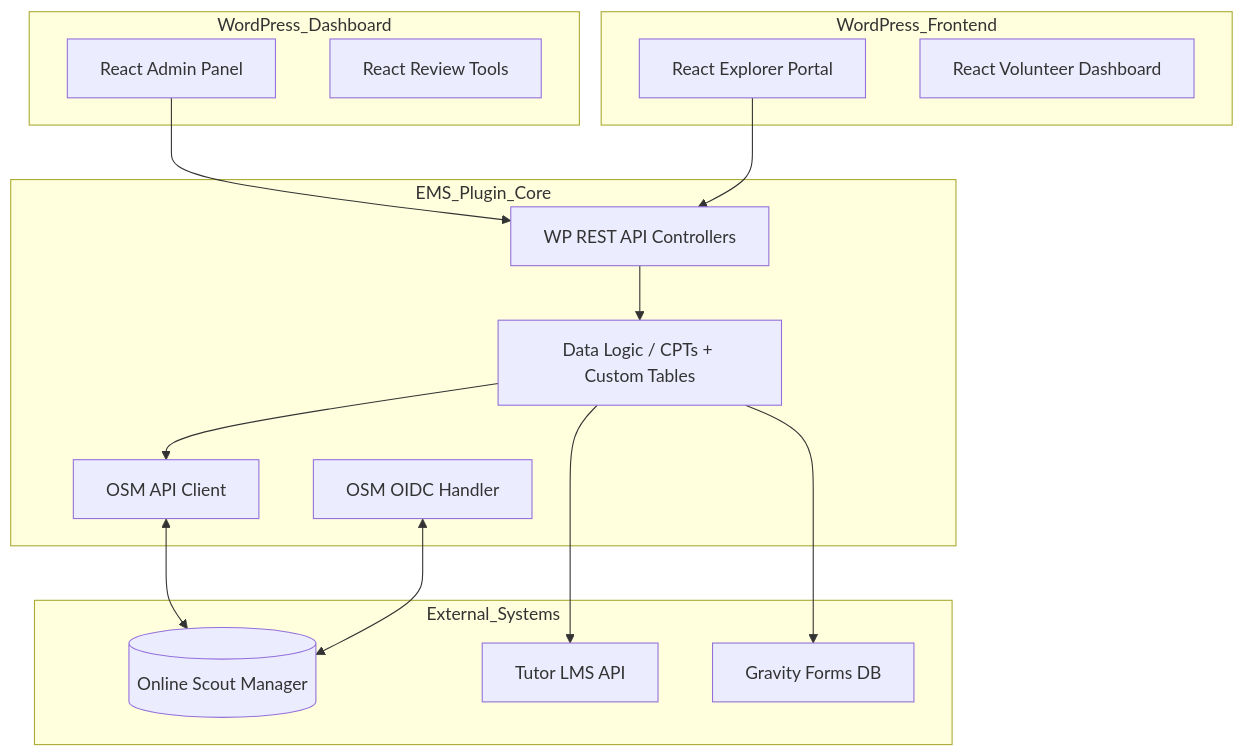
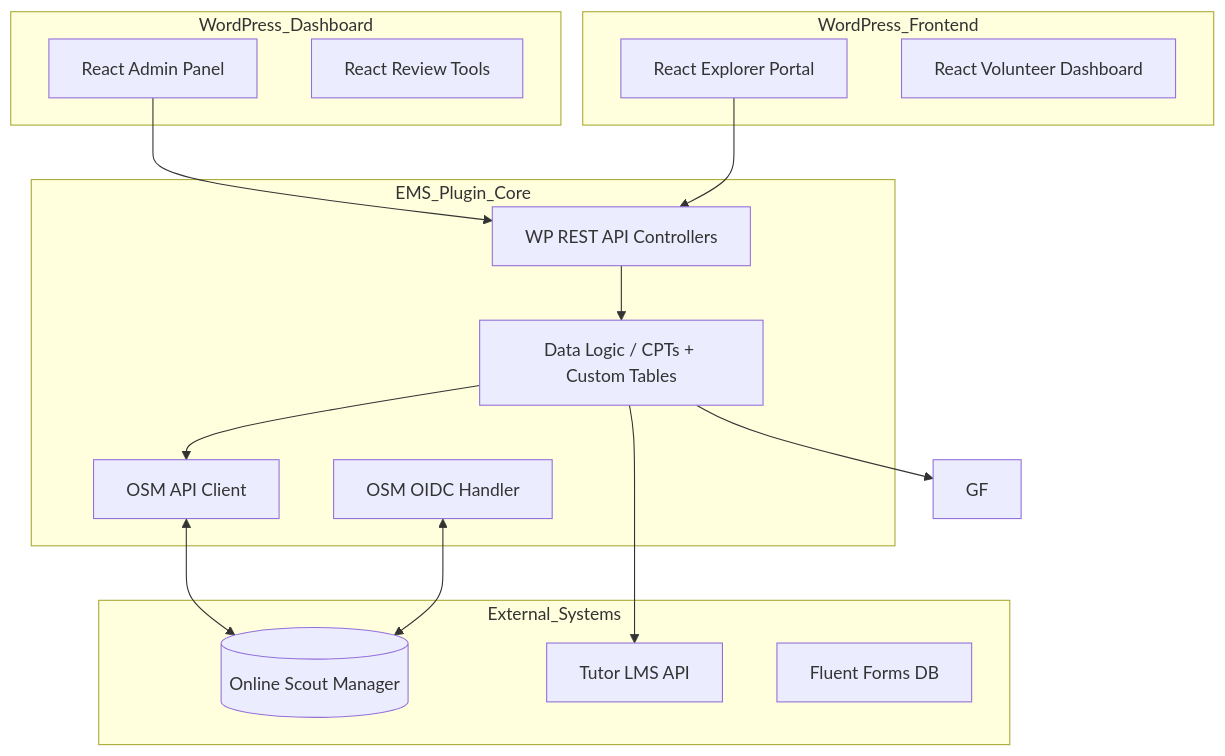
One commit to circularlizard/expedition-management-system changed the diagram in docs/Technical Architecture.md. Above: the diagram before and after it, drawn with Mermaid. The commit also changed other lines of this file and 11 other files, not shown here.

````diff
--- a/docs/Technical Architecture.md
+++ b/docs/Technical Architecture.md
@@ -136,34 +136,34 @@
 ```mermaid
 graph TD
     subgraph WordPress_Dashboard
         AdminUI[React Admin Panel]
         LiCUI[React Review Tools]
     end
 
     subgraph WordPress_Frontend
         ExplorerUI[React Explorer Portal]
         VolunteerUI[React Volunteer Dashboard]
     end
 
     subgraph EMS_Plugin_Core
         Auth[OSM OIDC Handler]
         OSM_API[OSM API Client]
         REST[WP REST API Controllers]
         DataModel[Data Logic / CPTs + Custom Tables]
     end
 
     subgraph External_Systems
         OSM[(Online Scout Manager)]
         TutorLMS[Tutor LMS API]
-        GF[Gravity Forms DB]
+        FF[Fluent Forms DB]
     end
 
     AdminUI --> REST
     ExplorerUI --> REST
     REST --> DataModel
     DataModel --> OSM_API
     OSM_API <--> OSM
     DataModel --> GF
     DataModel --> TutorLMS
     Auth <--> OSM
 ```
````
